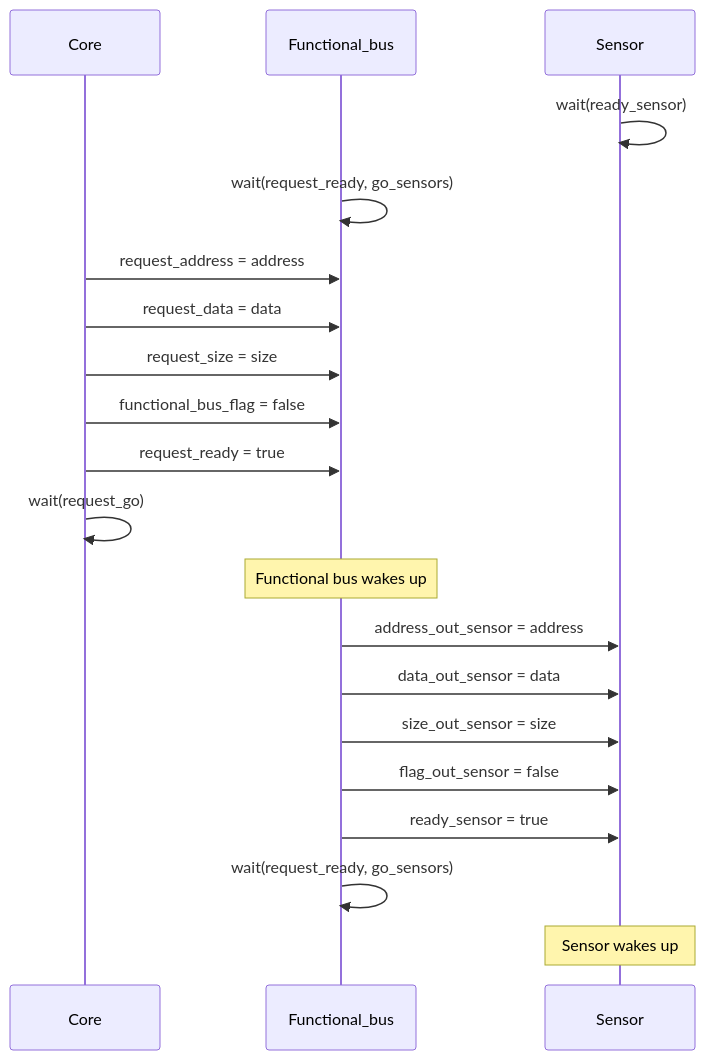
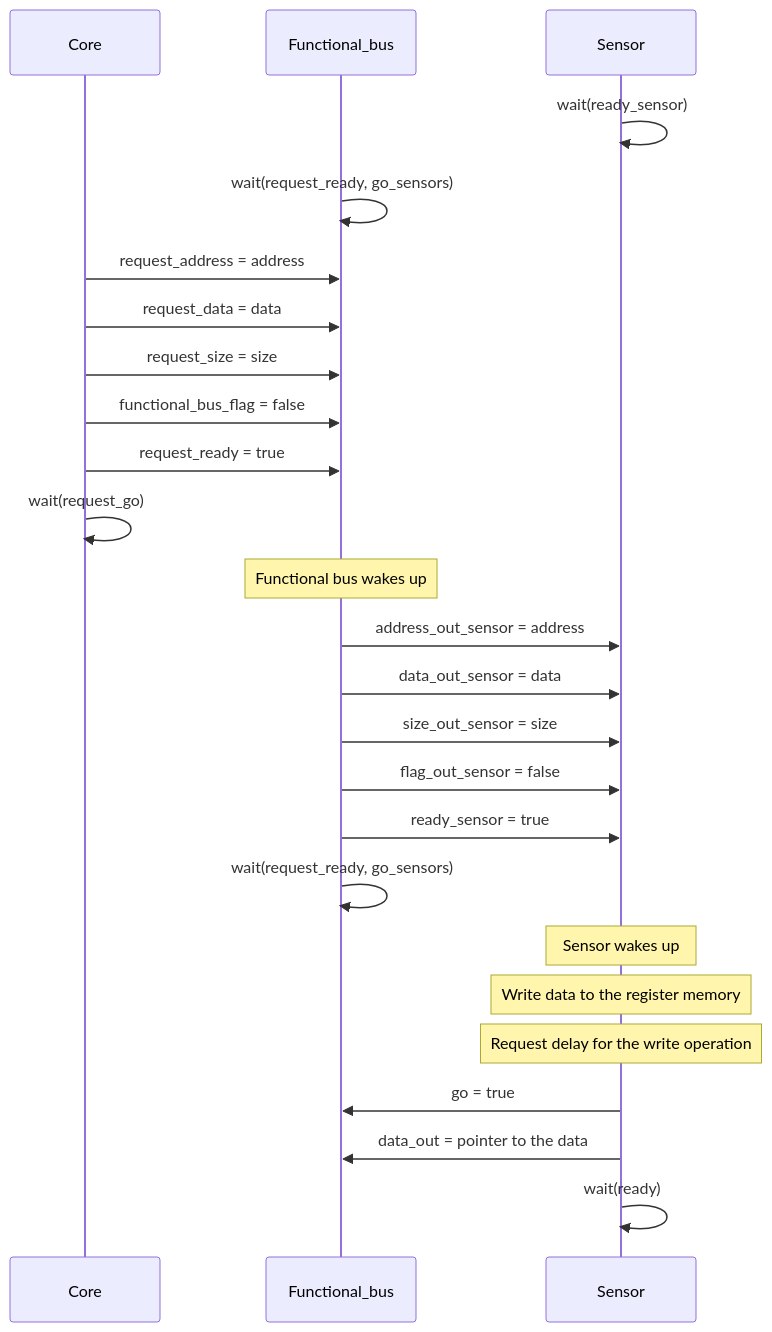
The third of 6 diagrams in docs/communication-example.md (eml-eda/messy), drawn with Mermaid before and after one commit. The commit also changed other lines of this file, not shown here.

Commit message:
Finished write request

````diff
--- a/docs/communication-example.md
+++ b/docs/communication-example.md
@@ -114,25 +141,31 @@
 ```mermaid
 sequenceDiagram
     participant Core
     participant Functional_bus
     participant Sensor
 
     Sensor->>Sensor: wait(ready_sensor)
     Functional_bus->>Functional_bus: wait(request_ready, go_sensors)
     Core->>Functional_bus: request_address = address
     Core->>Functional_bus: request_data = data
     Core->>Functional_bus: request_size = size
     Core->>Functional_bus: functional_bus_flag = false
     Core->>Functional_bus: request_ready = true
     Core->>Core: wait(request_go)
 
     Note over Functional_bus: Functional bus wakes up
     Functional_bus->>Sensor: address_out_sensor = address
     Functional_bus->>Sensor: data_out_sensor = data
     Functional_bus->>Sensor: size_out_sensor = size
     Functional_bus->>Sensor: flag_out_sensor = false
-    Functional_bus->>Sensor: ready_sensor = true
+    Functional_bus->>Sensor: ready_sensor = true 
     Functional_bus->>Functional_bus: wait(request_ready, go_sensors)
 
     Note over Sensor: Sensor wakes up
+    Note over Sensor: Write data to the register memory
+    Note over Sensor: Request delay for the write operation
+    Sensor->>Functional_bus: go = true
+    Sensor->> Functional_bus: data_out = pointer to the data
+    Sensor->>Sensor: wait(ready)    
+
 ```
````
